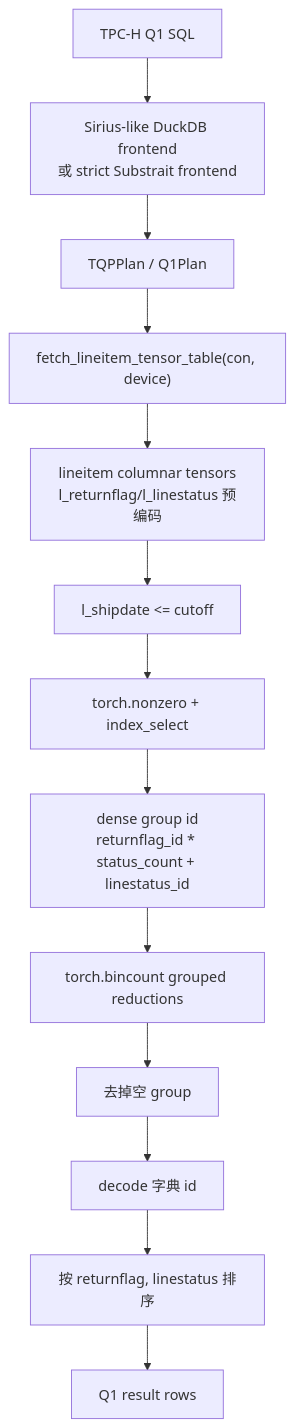
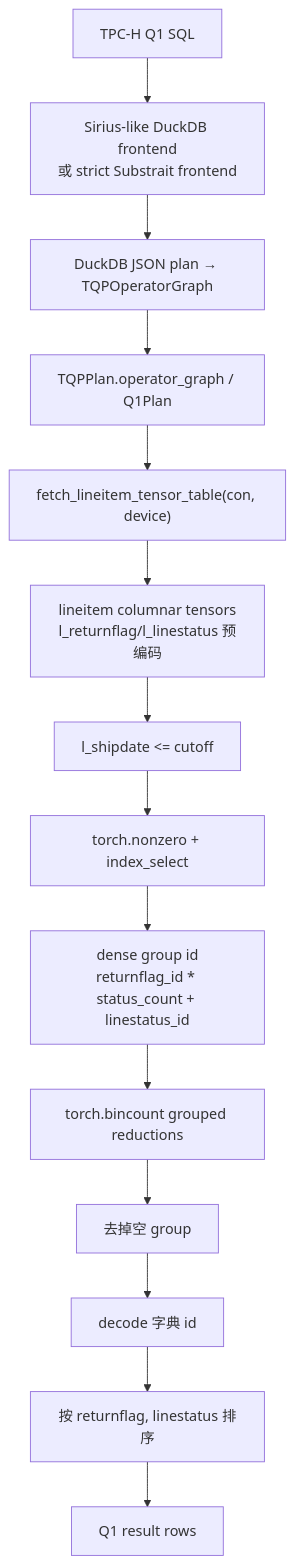
Before and after one commit to liuweibupt/torch-query-gpu: the second of 2 diagrams in docs/architecture.zh.md, drawn with Mermaid. The commit also changed other lines of this file and 4 other files, not shown here.

Commit message:
docs: describe tqp operator graph path

````diff
--- a/docs/architecture.zh.md
+++ b/docs/architecture.zh.md
@@ -221,15 +225,16 @@
 ```mermaid
 flowchart TD
     Q1SQL["TPC-H Q1 SQL"] --> Frontend["Sirius-like DuckDB frontend<br/>或 strict Substrait frontend"]
-    Frontend --> Plan["TQPPlan / Q1Plan"]
+    Frontend --> Graph["DuckDB JSON plan → TQPOperatorGraph"]
+    Graph --> Plan["TQPPlan.operator_graph / Q1Plan"]
     Plan --> Fetch["fetch_lineitem_tensor_table(con, device)"]
     Fetch --> Encoded["lineitem columnar tensors<br/>l_returnflag/l_linestatus 预编码"]
     Encoded --> Filter["l_shipdate <= cutoff"]
     Filter --> Select["torch.nonzero + index_select"]
     Select --> GroupID["dense group id<br/>returnflag_id * status_count + linestatus_id"]
     GroupID --> Agg["torch.bincount grouped reductions"]
     Agg --> Compact["去掉空 group"]
     Compact --> Decode["decode 字典 id"]
     Decode --> Sort["按 returnflag, linestatus 排序"]
     Sort --> Rows["Q1 result rows"]
 ```
````
